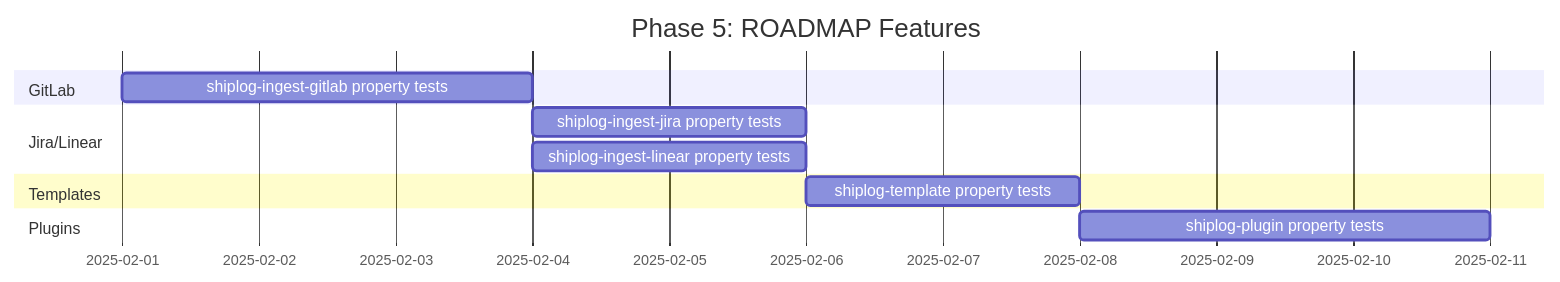
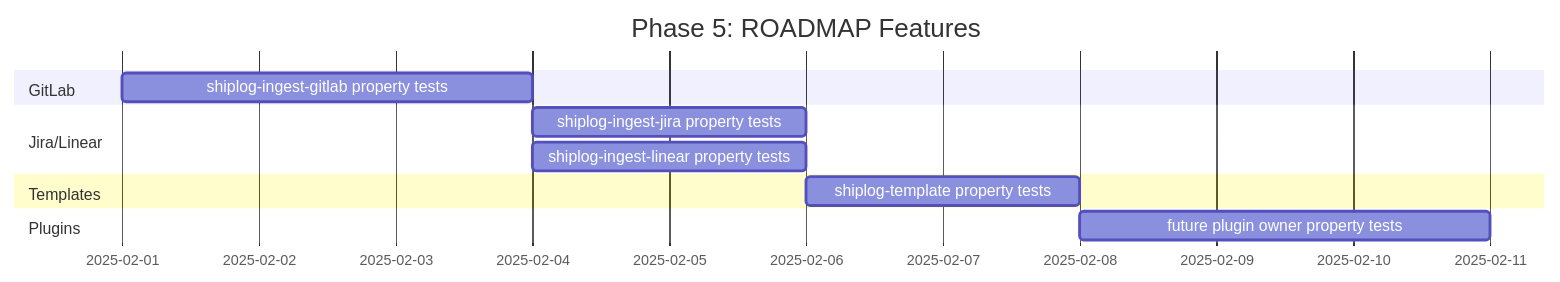
Diagram 13 of 13 in plans/property-testing-strategy.md (EffortlessMetrics/shiplog), drawn with Mermaid before and after one commit. The commit also changed other lines of this file and 658 other files, not shown here.

````diff
--- a/plans/property-testing-strategy.md
+++ b/plans/property-testing-strategy.md
@@ -2028,14 +2028,14 @@
 ```mermaid
 gantt
     title Phase 5: ROADMAP Features
     dateFormat  YYYY-MM-DD
     section GitLab
     shiplog-ingest-gitlab property tests       :a1, 2025-02-01, 3d
     section Jira/Linear
     shiplog-ingest-jira property tests         :b1, after a1, 2d
     shiplog-ingest-linear property tests       :b2, after a1, 2d
     section Templates
     shiplog-template property tests            :c1, after b1, 2d
     section Plugins
-    shiplog-plugin property tests              :d1, after c1, 3d
+    future plugin owner property tests         :d1, after c1, 3d
 ```
````
